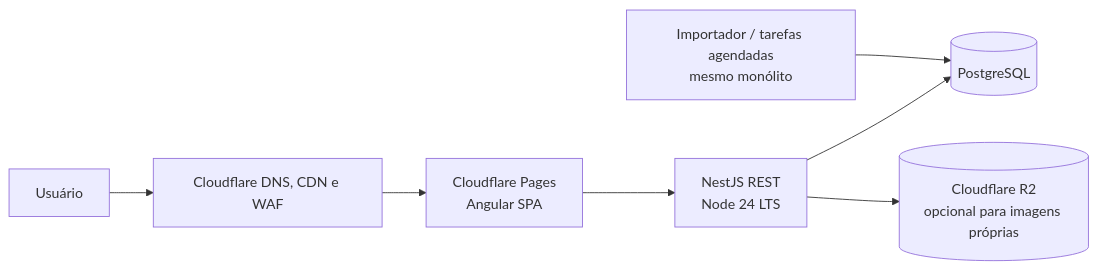
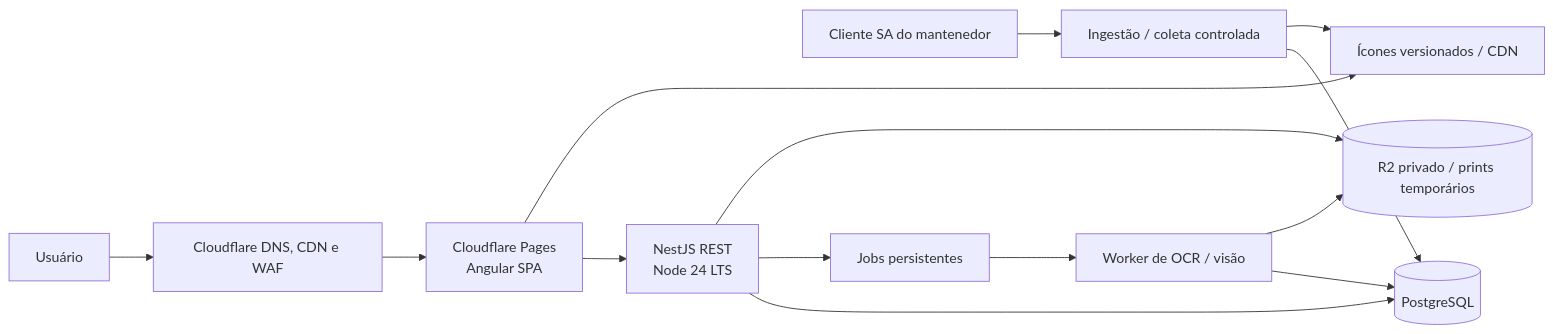
One commit to bellussi1/Black-Market changed the diagram in docs/architecture.md. Above: the diagram before and after it, drawn with Mermaid. The commit also changed other lines of this file and 2 other files, not shown here.

Commit message:
docs(architecture): plan private scans profiles and recommendation workers

````diff
--- a/docs/architecture.md
+++ b/docs/architecture.md
@@ -12,9 +15,16 @@
 ```mermaid
 flowchart LR
   U[Usuário] --> CF[Cloudflare DNS, CDN e WAF]
   CF --> SPA[Cloudflare Pages<br/>Angular SPA]
   SPA --> API[NestJS REST<br/>Node 24 LTS]
   API --> DB[(PostgreSQL)]
-  JOB[Importador / tarefas agendadas<br/>mesmo monólito] --> DB
-  API --> R2[(Cloudflare R2<br/>opcional para imagens próprias)]
+  JOB[Ingestão / coleta controlada] --> DB
+  GAME[Cliente SA do mantenedor] --> JOB
+  JOB --> ASSETS[Ícones versionados / CDN]
+  SPA --> ASSETS
+  API --> QUEUE[Jobs persistentes]
+  QUEUE --> OCR[Worker de OCR / visão]
+  OCR --> DB
+  API --> R2[(R2 privado / prints temporários)]
+  OCR --> R2
 ```
````
